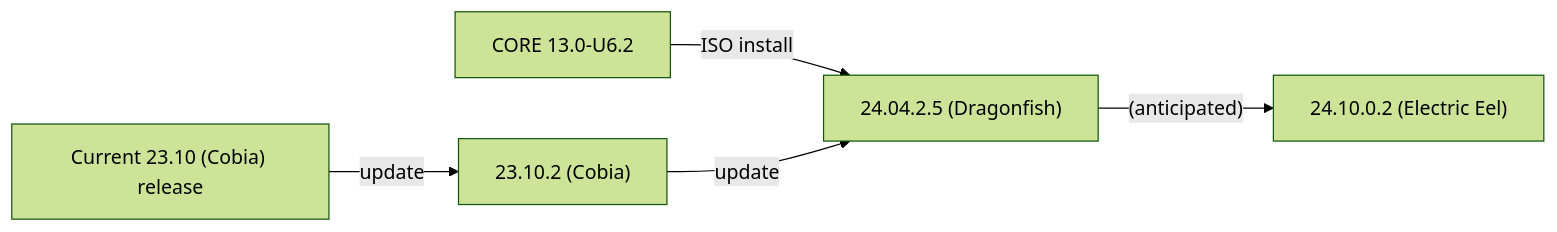
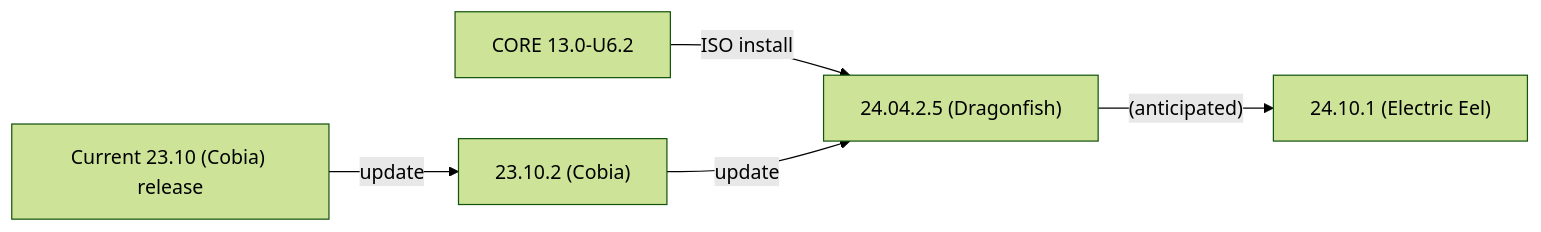
One commit to truenas/documentation changed the second of 2 diagrams in static/includes/SCALEUpgradePaths.md. Above: the diagram before and after it, drawn with Mermaid (forest theme). The commit also changed other lines of this file, not shown here.

```diff
--- a/static/includes/SCALEUpgradePaths.md
+++ b/static/includes/SCALEUpgradePaths.md
@@ -65,8 +65,8 @@
           {{< mermaid class="mermaid_sizing" >}}
           flowchart LR
             A["CORE 13.0-U6.2"] -->|ISO install| D
             B["Current 23.10 (Cobia) release"] -->|update| C
             C["23.10.2 (Cobia)"] -->|update| D
             D["24.04.2.5 (Dragonfish)"]  -->|"(anticipated)"| E
-            E["24.10.0.2 (Electric Eel)"]
+            E["24.10.1 (Electric Eel)"]
           {{< /mermaid >}}
```
